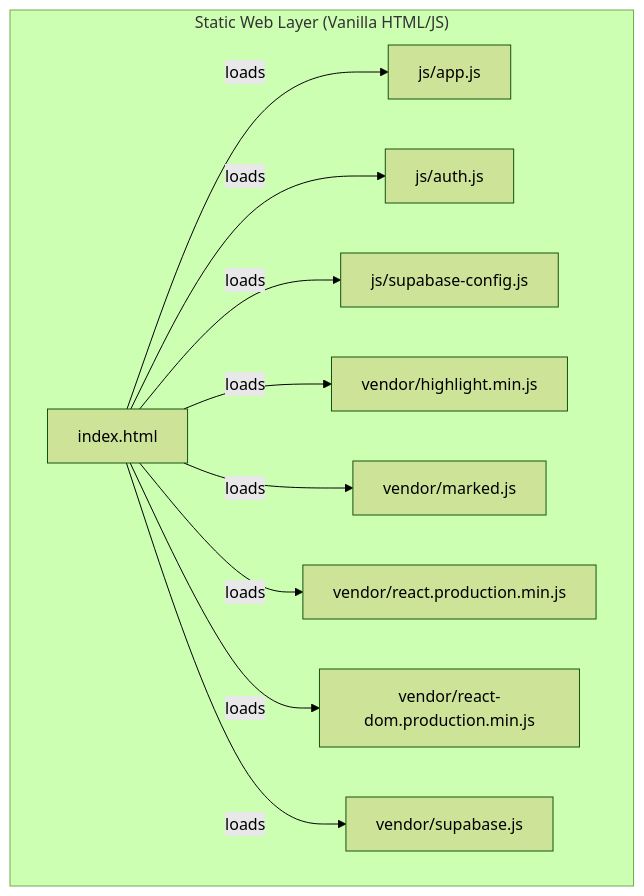
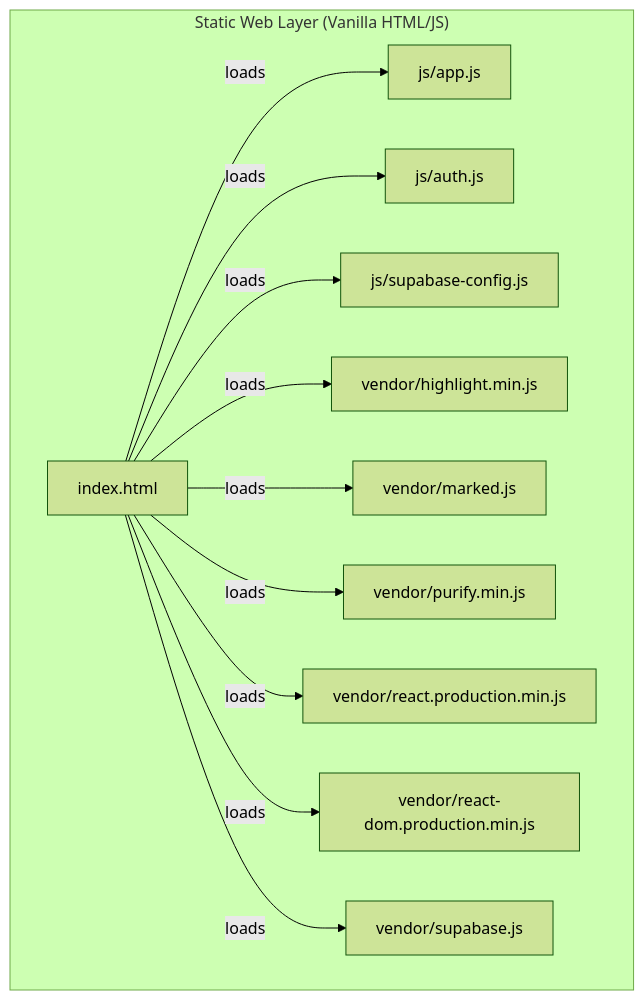
Before and after one commit to gokulsaraswat/Markdown-studio: the diagram in .project-architecture.md, drawn with Mermaid (forest theme). The commit also changed 8 other files, not shown here.

````diff
--- a/.project-architecture.md
+++ b/.project-architecture.md
@@ -5,13 +5,14 @@
 ```mermaid
 graph TD
     subgraph StaticLayer["Static Web Layer (Vanilla HTML/JS)"]
     index_html["index.html"] -->|loads| js_app_js["js/app.js"]
     index_html["index.html"] -->|loads| js_auth_js["js/auth.js"]
     index_html["index.html"] -->|loads| js_supabase_config_js["js/supabase-config.js"]
     index_html["index.html"] -->|loads| vendor_highlight_min_js["vendor/highlight.min.js"]
     index_html["index.html"] -->|loads| vendor_marked_js["vendor/marked.js"]
+    index_html["index.html"] -->|loads| vendor_purify_min_js["vendor/purify.min.js"]
     index_html["index.html"] -->|loads| vendor_react_production_min_js["vendor/react.production.min.js"]
     index_html["index.html"] -->|loads| vendor_react_dom_production_min_js["vendor/react-dom.production.min.js"]
     index_html["index.html"] -->|loads| vendor_supabase_js["vendor/supabase.js"]
     end
 ```
````
